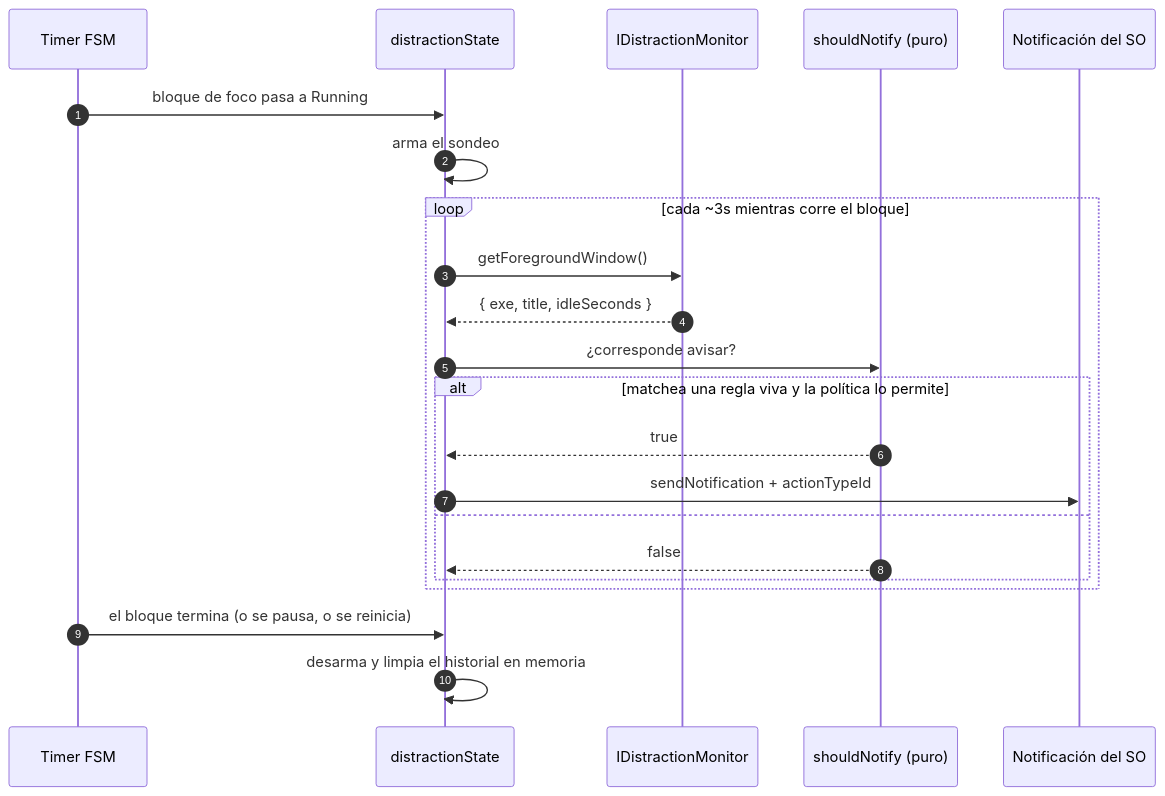
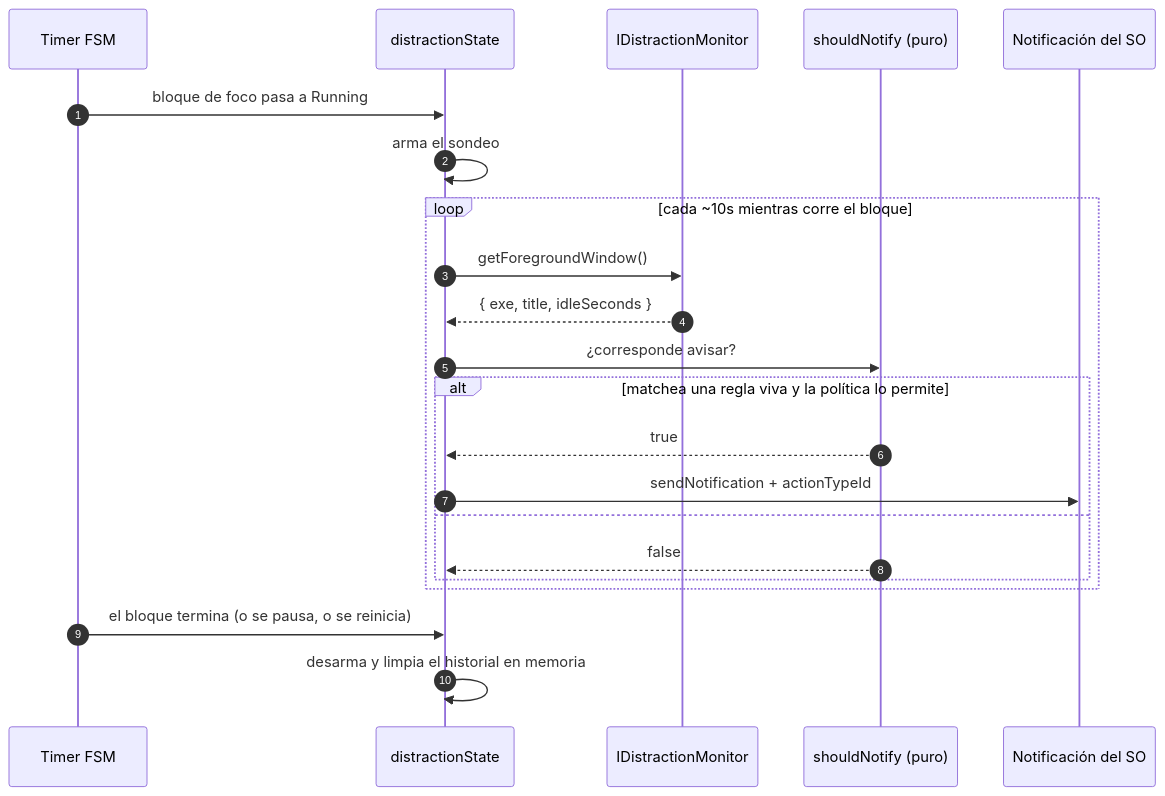
Before and after one commit to EmanuelAngel/pomody: the second of 2 diagrams in docs/features/distraction-detector/spec.md, drawn with Mermaid. The commit also changed other lines of this file and 30 other files, not shown here.

````diff
--- a/docs/features/distraction-detector/spec.md
+++ b/docs/features/distraction-detector/spec.md
@@ -171,25 +171,25 @@
 ```mermaid
 sequenceDiagram
     autonumber
     participant FSM as Timer FSM
     participant State as distractionState
     participant Mon as IDistractionMonitor
     participant Policy as shouldNotify (puro)
     participant OS as Notificación del SO
 
     FSM->>State: bloque de foco pasa a Running
     State->>State: arma el sondeo
-    loop cada ~3s mientras corre el bloque
+    loop cada ~10s mientras corre el bloque
         State->>Mon: getForegroundWindow()
         Mon-->>State: { exe, title, idleSeconds }
         State->>Policy: ¿corresponde avisar?
         alt matchea una regla viva y la política lo permite
             Policy-->>State: true
             State->>OS: sendNotification + actionTypeId
         else
             Policy-->>State: false
         end
     end
     FSM->>State: el bloque termina (o se pausa, o se reinicia)
     State->>State: desarma y limpia el historial en memoria
 ```
````
